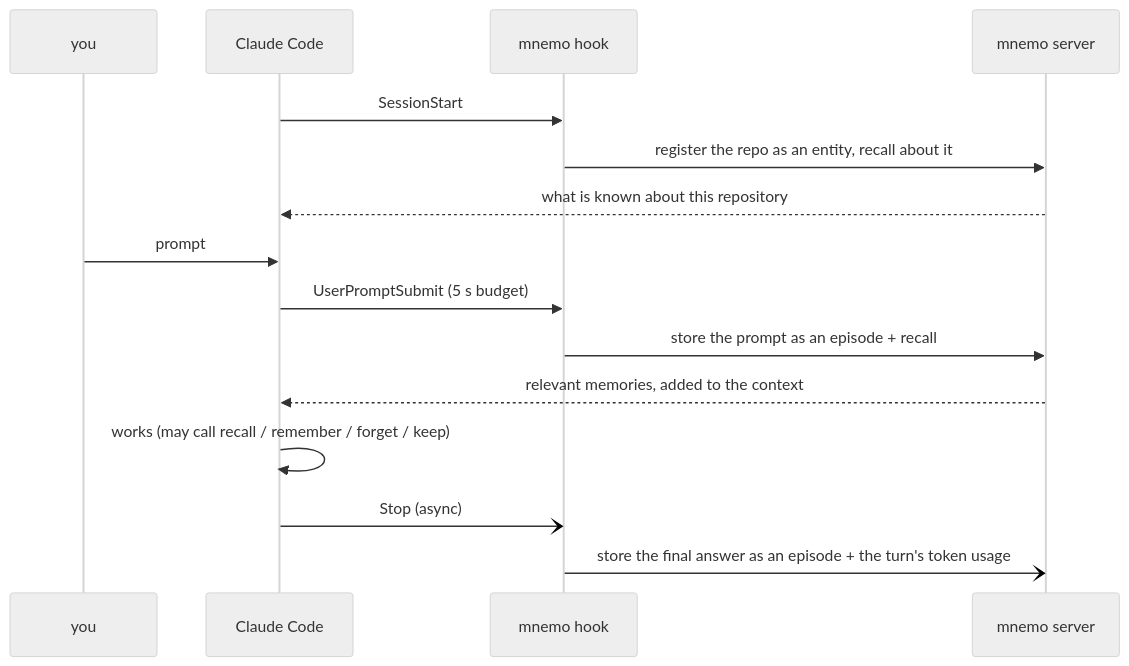
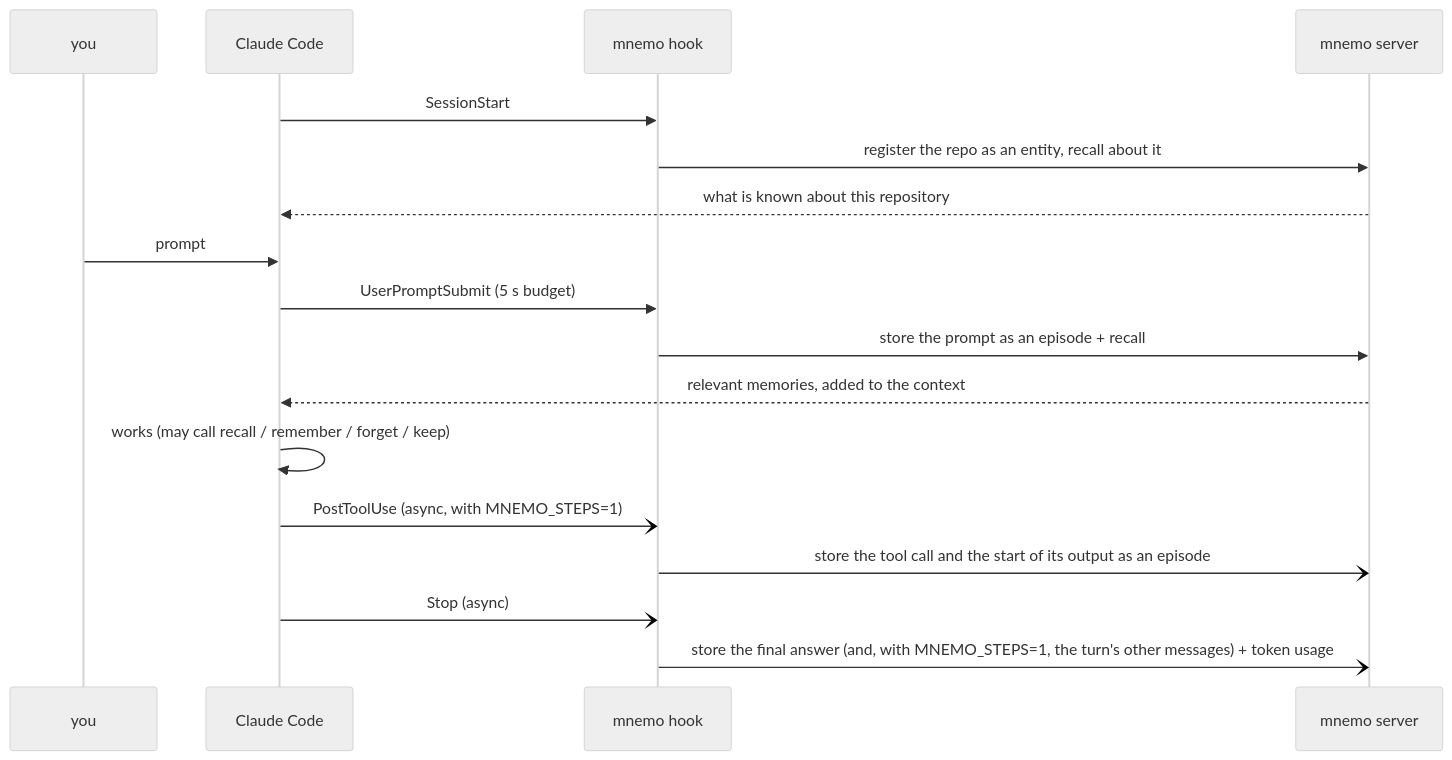
One commit to mariojcr/mnemo changed the second of 3 diagrams in docs/clients.md. Above: the diagram before and after it, drawn with Mermaid (neutral theme). The commit also changed other lines of this file and 11 other files, not shown here.

````diff
--- a/docs/clients.md
+++ b/docs/clients.md
@@ -41,18 +41,20 @@
 ```mermaid
 sequenceDiagram
     participant U as you
     participant CC as Claude Code
     participant H as mnemo hook
     participant M as mnemo server
 
     CC->>H: SessionStart
     H->>M: register the repo as an entity, recall about it
     M-->>CC: what is known about this repository
     U->>CC: prompt
     CC->>H: UserPromptSubmit (5 s budget)
     H->>M: store the prompt as an episode + recall
     M-->>CC: relevant memories, added to the context
     CC->>CC: works (may call recall / remember / forget / keep)
+    CC-)H: PostToolUse (async, with MNEMO_STEPS=1)
+    H-)M: store the tool call and the start of its output as an episode
     CC-)H: Stop (async)
-    H-)M: store the final answer as an episode + the turn's token usage
+    H-)M: store the final answer (and, with MNEMO_STEPS=1, the turn's other messages) + token usage
 ```
````
